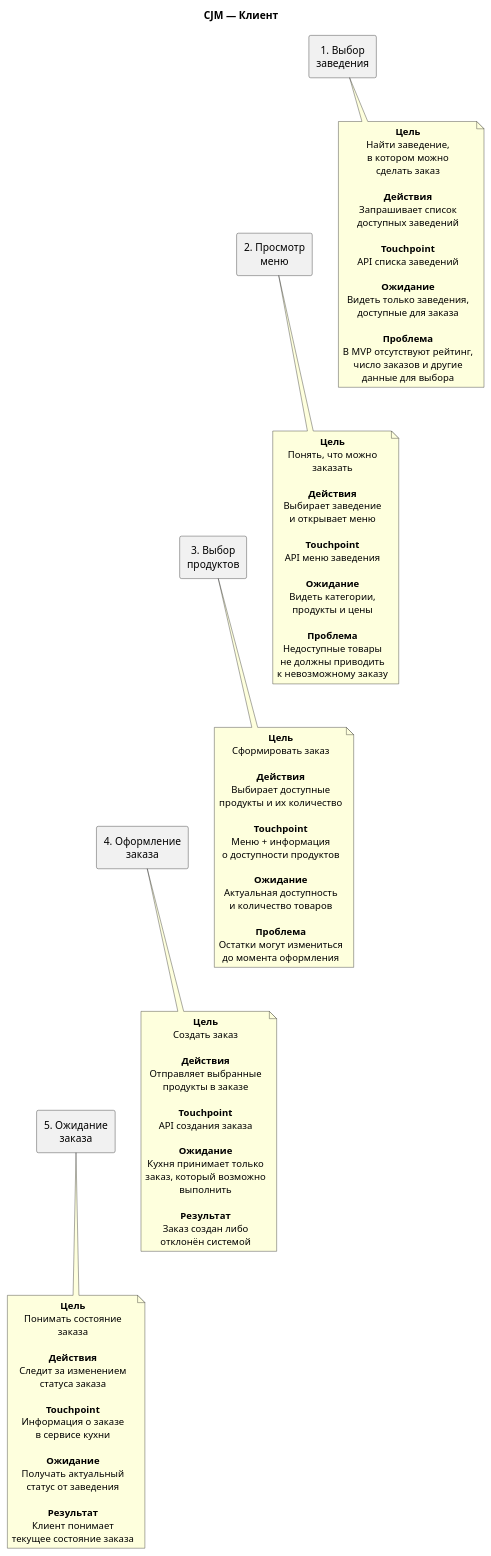
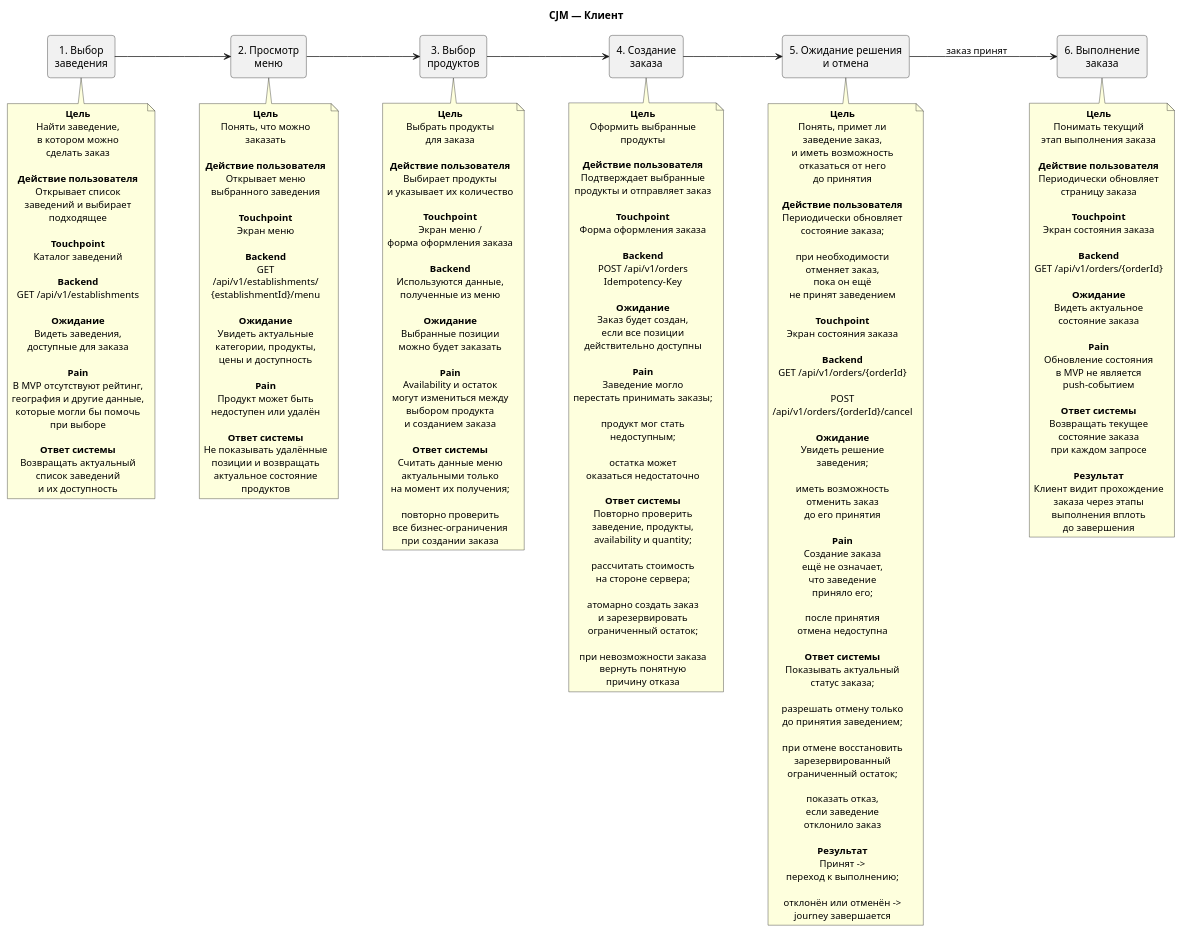
Before and after one commit to Tyulenb/Restaurant-Aggregator: the diagram in docs/cjm/client-cjm.puml, drawn with PlantUML. The commit also changed 6 other files, not shown here.

```diff
--- a/docs/cjm/client-cjm.puml
+++ b/docs/cjm/client-cjm.puml
@@ -1,19 +1,26 @@
 @startuml
 title CJM — Клиент
 
+left to right direction
+
 skinparam shadowing false
 skinparam defaultTextAlignment center
+skinparam rectangle {
+    RoundCorner 8
+}
 
 rectangle "1. Выбор\nзаведения" as S1
 rectangle "2. Просмотр\nменю" as S2
 rectangle "3. Выбор\nпродуктов" as S3
-rectangle "4. Оформление\nзаказа" as S4
-rectangle "5. Ожидание\nзаказа" as S5
+rectangle "4. Создание\nзаказа" as S4
+rectangle "5. Ожидание решения\nи отмена" as S5
+rectangle "6. Выполнение\nзаказа" as S6
 
-S1 -[hidden]-> S2
-S2 -[hidden]-> S3
-S3 -[hidden]-> S4
-S4 -[hidden]-> S5
+S1 --> S2
+S2 --> S3
+S3 --> S4
+S4 --> S5
+S5 --> S6 : заказ принят
 
 note bottom of S1
 **Цель**
@@ -21,107 +28,256 @@
 в котором можно
 сделать заказ
 
-**Действия**
-Запрашивает список
-доступных заведений
+**Действие пользователя**
+Открывает список
+заведений и выбирает
+подходящее
 
 **Touchpoint**
-API списка заведений
+Каталог заведений
+
+**Backend**
+GET /api/v1/establishments
 
 **Ожидание**
-Видеть только заведения,
+Видеть заведения,
 доступные для заказа
 
-**Проблема**
+**Pain**
 В MVP отсутствуют рейтинг,
-число заказов и другие
-данные для выбора
+география и другие данные,
+которые могли бы помочь
+при выборе
+
+**Ответ системы**
+Возвращать актуальный
+список заведений
+и их доступность
 end note
+
 
 note bottom of S2
 **Цель**
 Понять, что можно
 заказать
 
-**Действия**
-Выбирает заведение
-и открывает меню
+**Действие пользователя**
+Открывает меню
+выбранного заведения
 
 **Touchpoint**
-API меню заведения
+Экран меню
+
+**Backend**
+GET
+/api/v1/establishments/
+{establishmentId}/menu
 
 **Ожидание**
-Видеть категории,
-продукты и цены
+Увидеть актуальные
+категории, продукты,
+цены и доступность
 
-**Проблема**
-Недоступные товары
-не должны приводить
-к невозможному заказу
+**Pain**
+Продукт может быть
+недоступен или удалён
+
+**Ответ системы**
+Не показывать удалённые
+позиции и возвращать
+актуальное состояние
+продуктов
 end note
+
 
 note bottom of S3
 **Цель**
-Сформировать заказ
+Выбрать продукты
+для заказа
 
-**Действия**
-Выбирает доступные
-продукты и их количество
+**Действие пользователя**
+Выбирает продукты
+и указывает их количество
 
 **Touchpoint**
-Меню + информация
-о доступности продуктов
+Экран меню /
+форма оформления заказа
+
+**Backend**
+Используются данные,
+полученные из меню
 
 **Ожидание**
-Актуальная доступность
-и количество товаров
+Выбранные позиции
+можно будет заказать
 
-**Проблема**
-Остатки могут измениться
-до момента оформления
+**Pain**
+Availability и остаток
+могут измениться между
+выбором продукта
+и созданием заказа
+
+**Ответ системы**
+Считать данные меню
+актуальными только
+на момент их получения;
+
+повторно проверить
+все бизнес-ограничения
+при создании заказа
 end note
+
 
 note bottom of S4
 **Цель**
-Создать заказ
+Оформить выбранные
+продукты
 
-**Действия**
-Отправляет выбранные
-продукты в заказе
+**Действие пользователя**
+Подтверждает выбранные
+продукты и отправляет заказ
 
 **Touchpoint**
-API создания заказа
+Форма оформления заказа
+
+**Backend**
+POST /api/v1/orders
+Idempotency-Key
 
 **Ожидание**
-Кухня принимает только
-заказ, который возможно
-выполнить
+Заказ будет создан,
+если все позиции
+действительно доступны
 
-**Результат**
-Заказ создан либо
-отклонён системой
+**Pain**
+Заведение могло
+перестать принимать заказы;
+
+продукт мог стать
+недоступным;
+
+остатка может
+оказаться недостаточно
+
+**Ответ системы**
+Повторно проверить
+заведение, продукты,
+availability и quantity;
+
+рассчитать стоимость
+на стороне сервера;
+
+атомарно создать заказ
+и зарезервировать
+ограниченный остаток;
+
+при невозможности заказа
+вернуть понятную
+причину отказа
 end note
+
 
 note bottom of S5
 **Цель**
-Понимать состояние
-заказа
+Понять, примет ли
+заведение заказ,
+и иметь возможность
+отказаться от него
+до принятия
 
-**Действия**
-Следит за изменением
-статуса заказа
+**Действие пользователя**
+Периодически обновляет
+состояние заказа;
+
+при необходимости
+отменяет заказ,
+пока он ещё
+не принят заведением
 
 **Touchpoint**
-Информация о заказе
-в сервисе кухни
+Экран состояния заказа
+
+**Backend**
+GET /api/v1/orders/{orderId}
+
+POST
+/api/v1/orders/{orderId}/cancel
 
 **Ожидание**
-Получать актуальный
-статус от заведения
+Увидеть решение
+заведения;
+
+иметь возможность
+отменить заказ
+до его принятия
+
+**Pain**
+Создание заказа
+ещё не означает,
+что заведение
+приняло его;
+
+после принятия
+отмена недоступна
+
+**Ответ системы**
+Показывать актуальный
+статус заказа;
+
+разрешать отмену только
+до принятия заведением;
+
+при отмене восстановить
+зарезервированный
+ограниченный остаток;
+
+показать отказ,
+если заведение
+отклонило заказ
 
 **Результат**
-Клиент понимает
-текущее состояние заказа
+Принят ->
+переход к выполнению;
+
+отклонён или отменён ->
+journey завершается
+end note
+
+
+note bottom of S6
+**Цель**
+Понимать текущий
+этап выполнения заказа
+
+**Действие пользователя**
+Периодически обновляет
+страницу заказа
+
+**Touchpoint**
+Экран состояния заказа
+
+**Backend**
+GET /api/v1/orders/{orderId}
+
+**Ожидание**
+Видеть актуальное
+состояние заказа
+
+**Pain**
+Обновление состояния
+в MVP не является
+push-событием
+
+**Ответ системы**
+Возвращать текущее
+состояние заказа
+при каждом запросе
+
+**Результат**
+Клиент видит прохождение
+заказа через этапы
+выполнения вплоть
+до завершения
 end note
 
 @enduml
```
